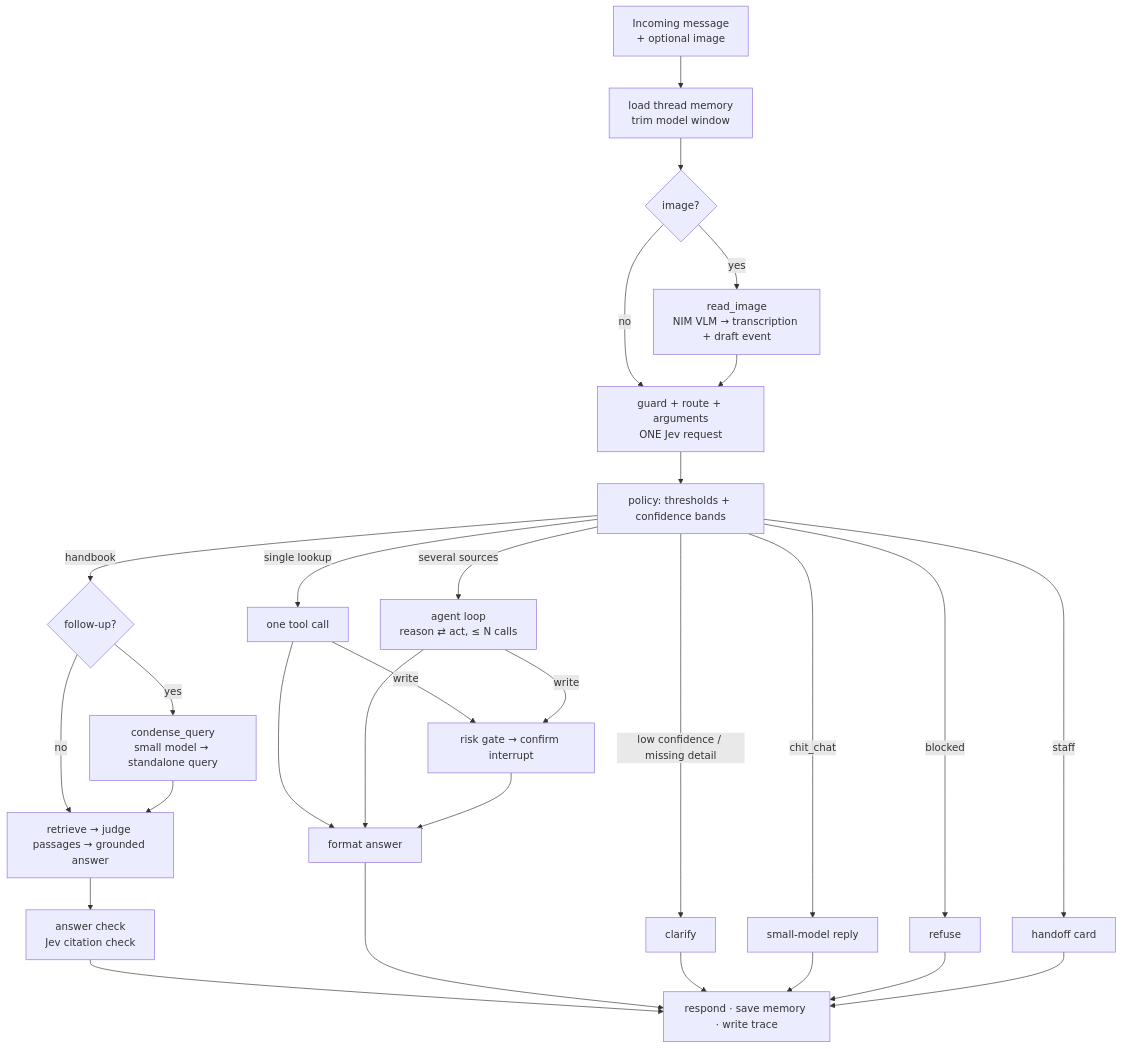
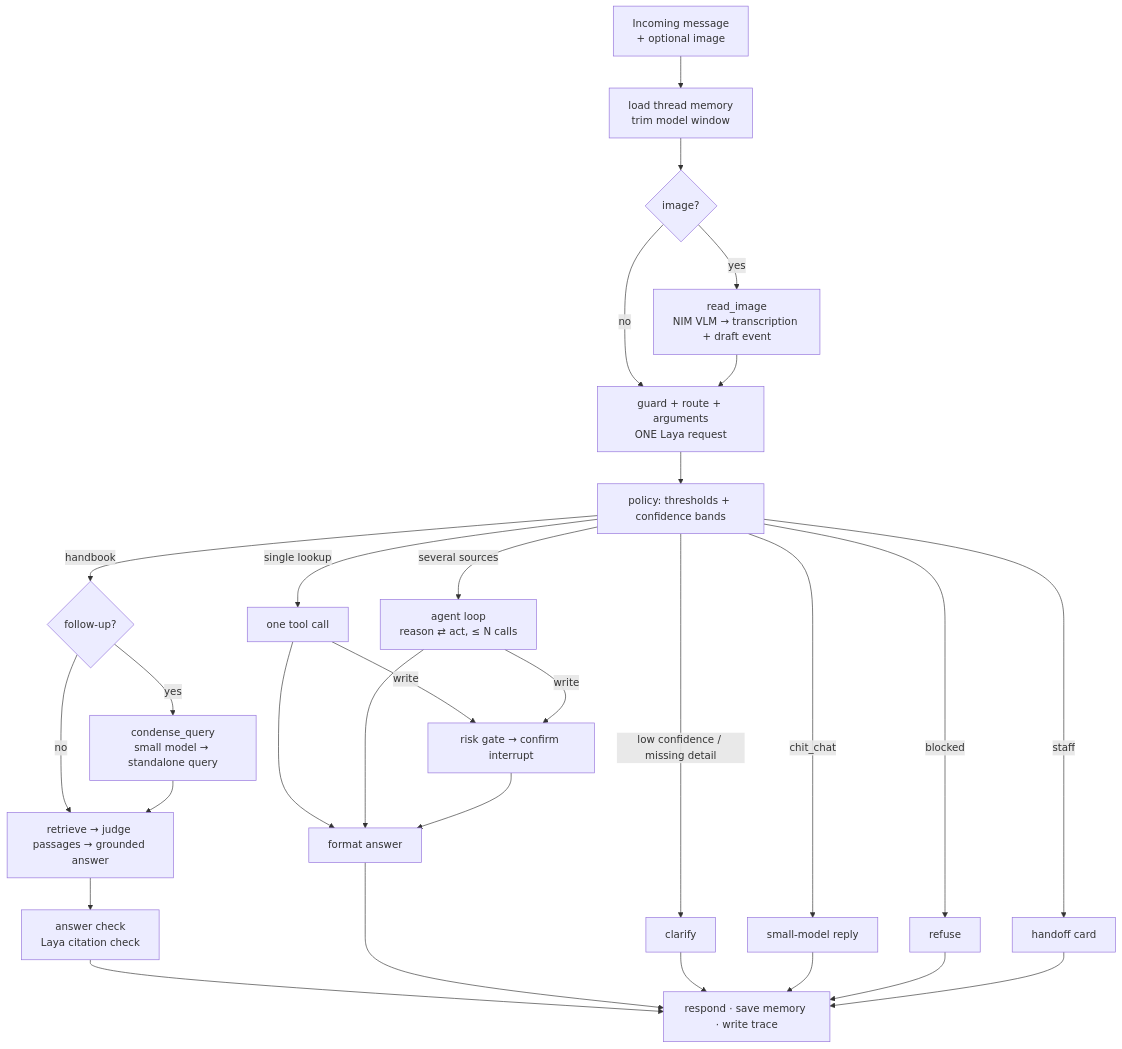
Before and after one commit to sereyvathanatum/feco303-campus-copilot: the first of 2 diagrams in docs/implementation-plan.md, drawn with Mermaid. The commit also changed other lines of this file and 4 other files, not shown here.

````diff
--- a/docs/implementation-plan.md
+++ b/docs/implementation-plan.md
@@ -208,31 +208,31 @@
 ```mermaid
 flowchart TD
   IN[Incoming message<br/>+ optional image] --> MEM[load thread memory<br/>trim model window]
   MEM --> IMG{image?}
   IMG -->|yes| VLM[read_image<br/>NIM VLM → transcription + draft event]
   IMG -->|no| DEC
-  VLM --> DEC[guard + route + arguments<br/>ONE Jev request]
+  VLM --> DEC[guard + route + arguments<br/>ONE Laya request]
   DEC --> POL[policy: thresholds + confidence bands]
   POL -->|blocked| REF[refuse]
   POL -->|staff| HAND[handoff card]
   POL -->|low confidence / missing detail| CLAR[clarify]
   POL -->|chit_chat| SMALL[small-model reply]
   POL -->|handbook| CQ{follow-up?}
   CQ -->|yes| COND[condense_query<br/>small model → standalone query]
   CQ -->|no| RAG
   COND --> RAG[retrieve → judge passages → grounded answer]
   POL -->|single lookup| TOOL[one tool call]
   POL -->|several sources| AGENT[agent loop<br/>reason ⇄ act, ≤ N calls]
   TOOL -->|write| GATE[risk gate → confirm interrupt]
   AGENT -->|write| GATE
-  RAG --> CHECK[answer check<br/>Jev citation check]
+  RAG --> CHECK[answer check<br/>Laya citation check]
   TOOL --> FMT[format answer]
   AGENT --> FMT
   GATE --> FMT
   CHECK --> OUT[respond · save memory · write trace]
   FMT --> OUT
   CLAR --> OUT
   SMALL --> OUT
   REF --> OUT
   HAND --> OUT
 ```
````
